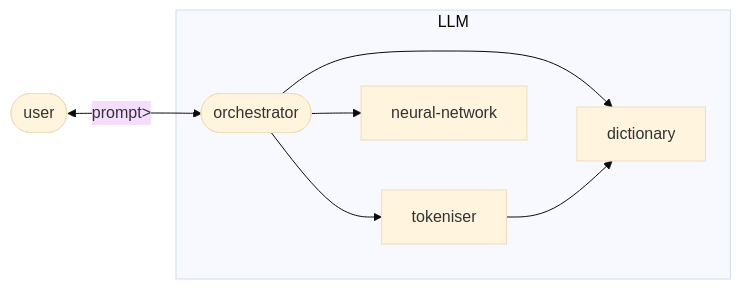
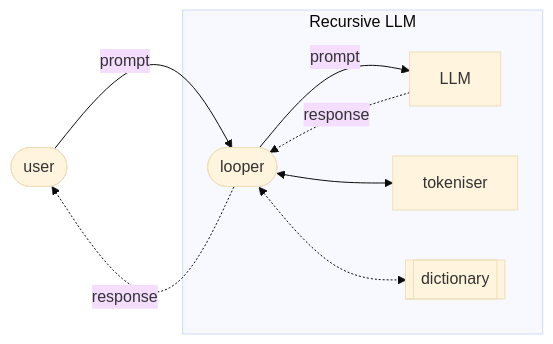
The fifth of 5 diagrams in l/LLMs.md (conmaol/maglocunus), drawn with Mermaid (base theme) before and after one commit. The commit also changed other lines of this file, not shown here.

First line of the commit message:
Enhance LLM architecture section with details and diagrams

````diff
--- a/l/LLMs.md
+++ b/l/LLMs.md
@@ -255,14 +175,17 @@
 ```mermaid
 graph LR
   user(["user"])
-  subgraph "LLM"
-    orchestrator(["orchestrator"])
-    orchestrator --> tokeniser
-    orchestrator --> dictionary
-    tokeniser --> dictionary
-    orchestrator --> neural-network
+  subgraph "Recursive LLM"
+    looper(["looper"])
+    llm["LLM"]
+    looper -- "prompt" --> llm
+    llm -. "response" .-> looper
+    tokeniser["tokeniser"]
+    looper <--> tokeniser
+    dictionary[["dictionary"]]
+    looper <-.-> dictionary
     end
-  user <-- "prompt>" --> orchestrator
- 
+  user -- "prompt" --> looper
+  looper -. "response" .-> user
 
 ```
````
